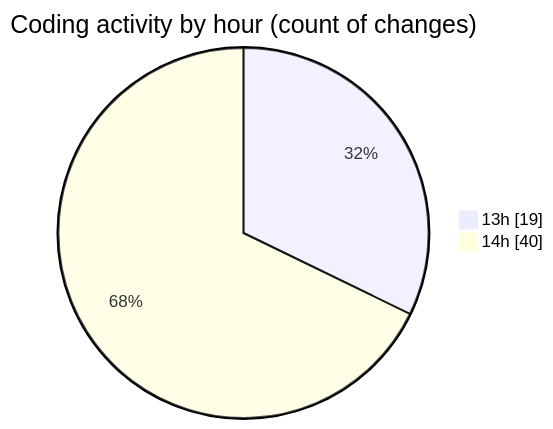
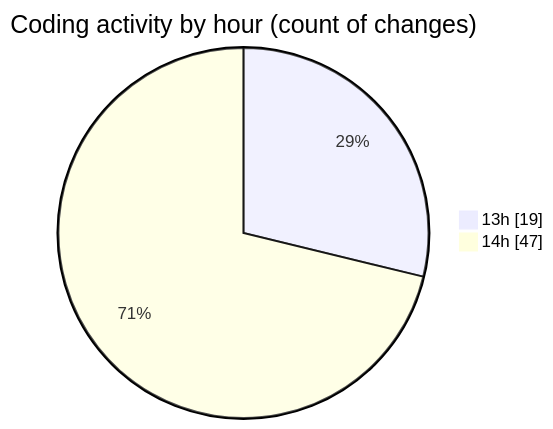
One commit to robertbonfada/code-tracking changed the second of 2 diagrams in 2025-03-03/kart-online/README.md. Above: the diagram before and after it, drawn with Mermaid. The commit also changed other lines of this file and 1 other file, not shown here.

````diff
--- a/2025-03-03/kart-online/README.md
+++ b/2025-03-03/kart-online/README.md
@@ -53,6 +53,6 @@
 ```mermaid
 pie showData
 title Coding activity by hour (count of changes)
 "13h" : 19
-"14h" : 40
+"14h" : 47
 ```
````
